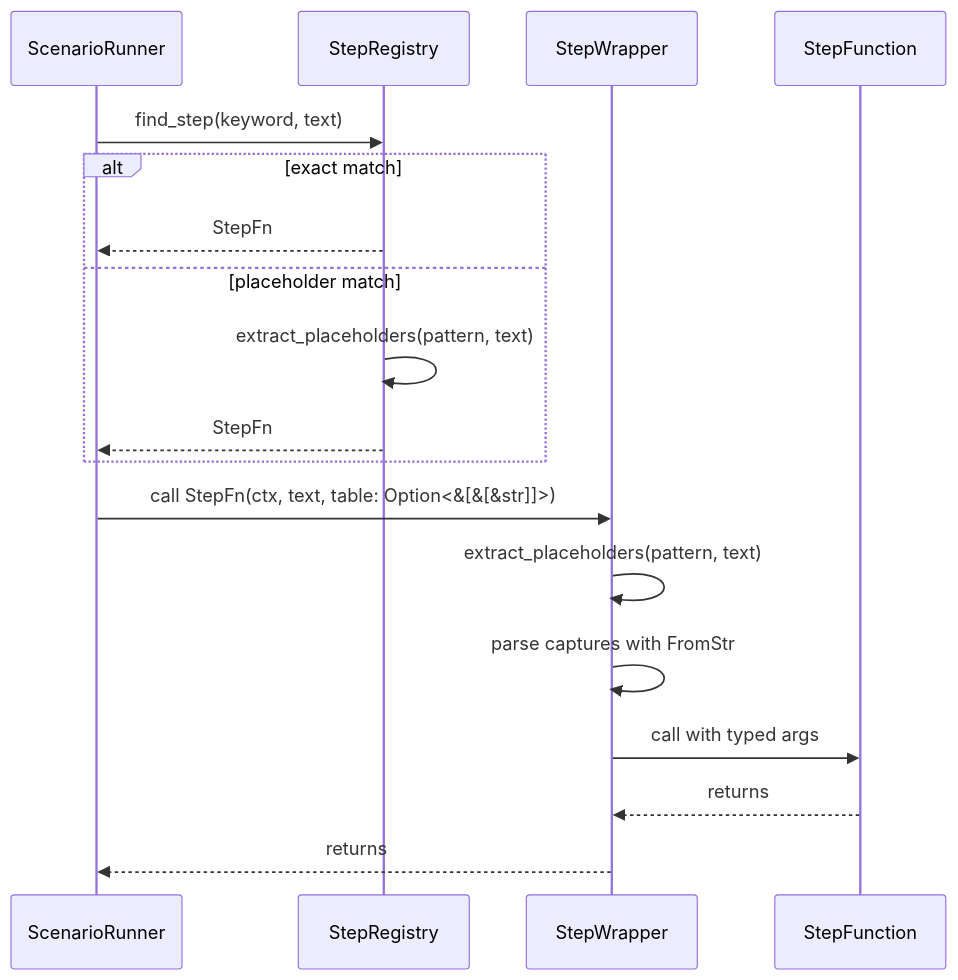
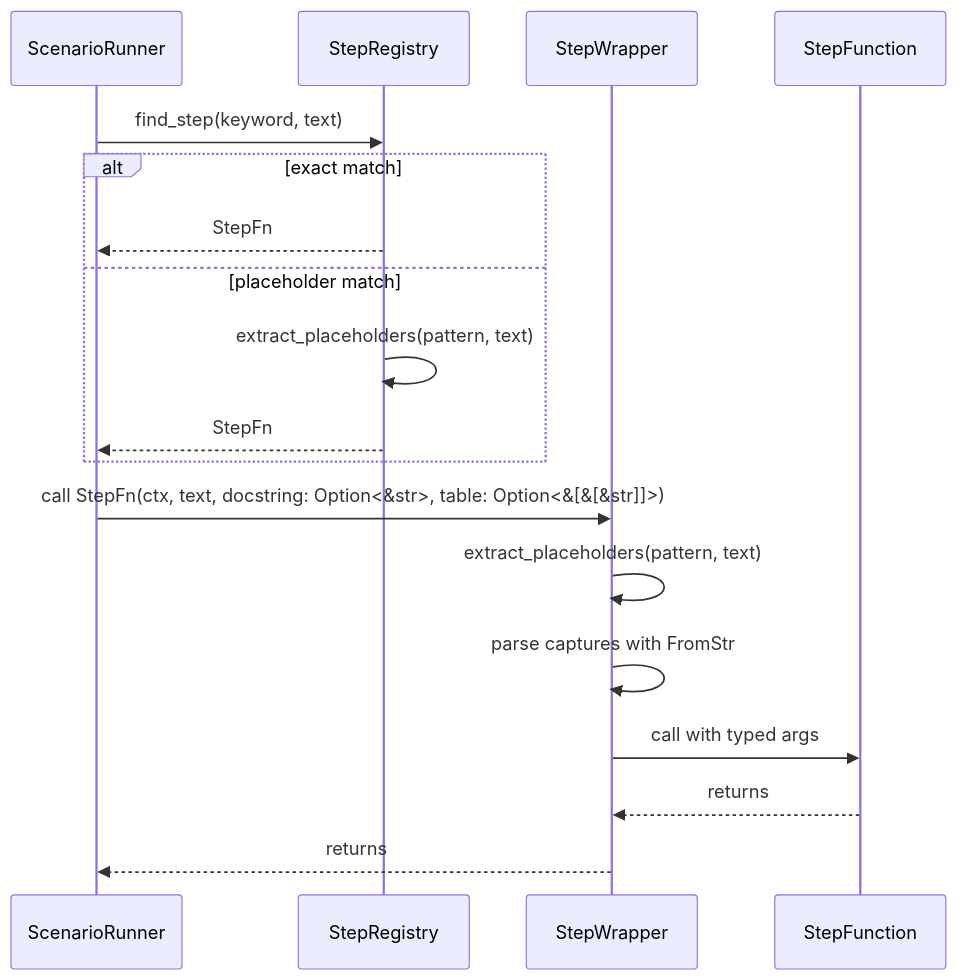
One commit to leynos/rstest-bdd changed the fourth of 4 diagrams in docs/rstest-bdd-design.md. Above: the diagram before and after it, drawn with Mermaid. The commit also changed other lines of this file and 13 other files, not shown here.

````diff
--- a/docs/rstest-bdd-design.md
+++ b/docs/rstest-bdd-design.md
@@ -921,21 +927,21 @@
 ```mermaid
 sequenceDiagram
     participant ScenarioRunner
     participant StepRegistry
     participant StepWrapper
     participant StepFunction
 
     ScenarioRunner->>StepRegistry: find_step(keyword, text)
     alt exact match
         StepRegistry-->>ScenarioRunner: StepFn
     else placeholder match
         StepRegistry->>StepRegistry: extract_placeholders(pattern, text)
         StepRegistry-->>ScenarioRunner: StepFn
     end
-    ScenarioRunner->>StepWrapper: call StepFn(ctx, text, table: Option<&[&[&str]]>)
+    ScenarioRunner->>StepWrapper: call StepFn(ctx, text, docstring: Option<&str>, table: Option<&[&[&str]]>)
     StepWrapper->>StepWrapper: extract_placeholders(pattern, text)
     StepWrapper->>StepWrapper: parse captures with FromStr
     StepWrapper->>StepFunction: call with typed args
     StepFunction-->>StepWrapper: returns
     StepWrapper-->>ScenarioRunner: returns
 ```
````
